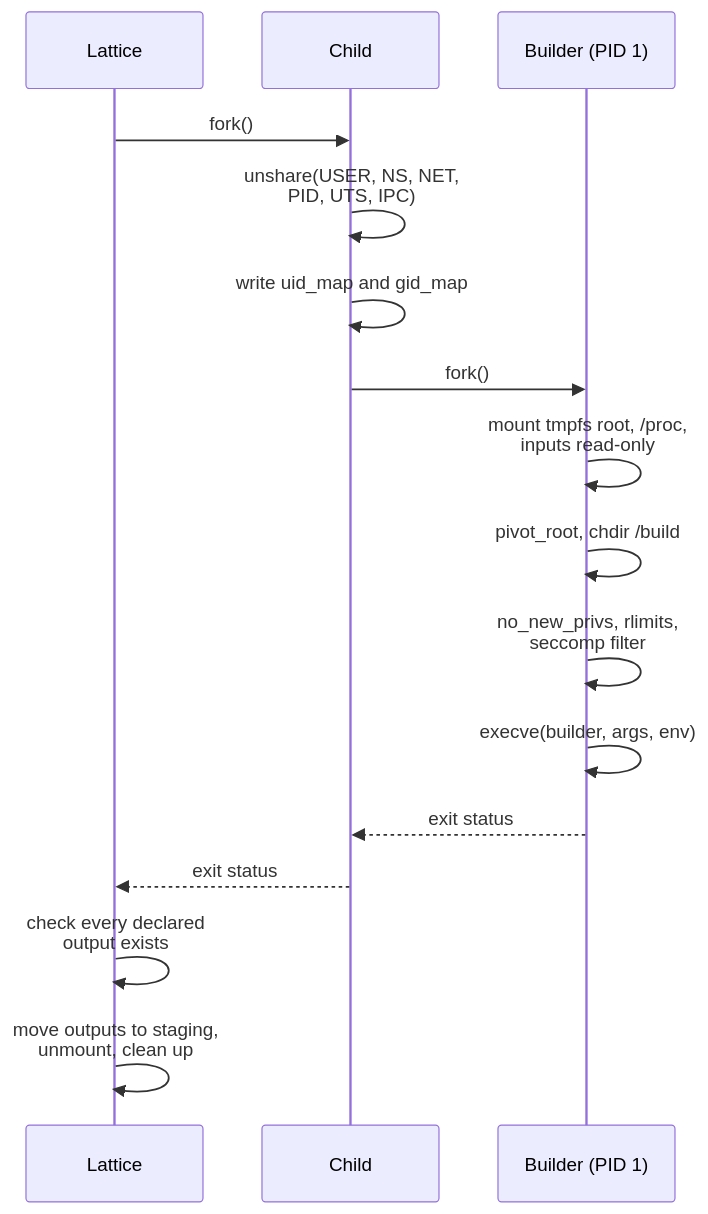
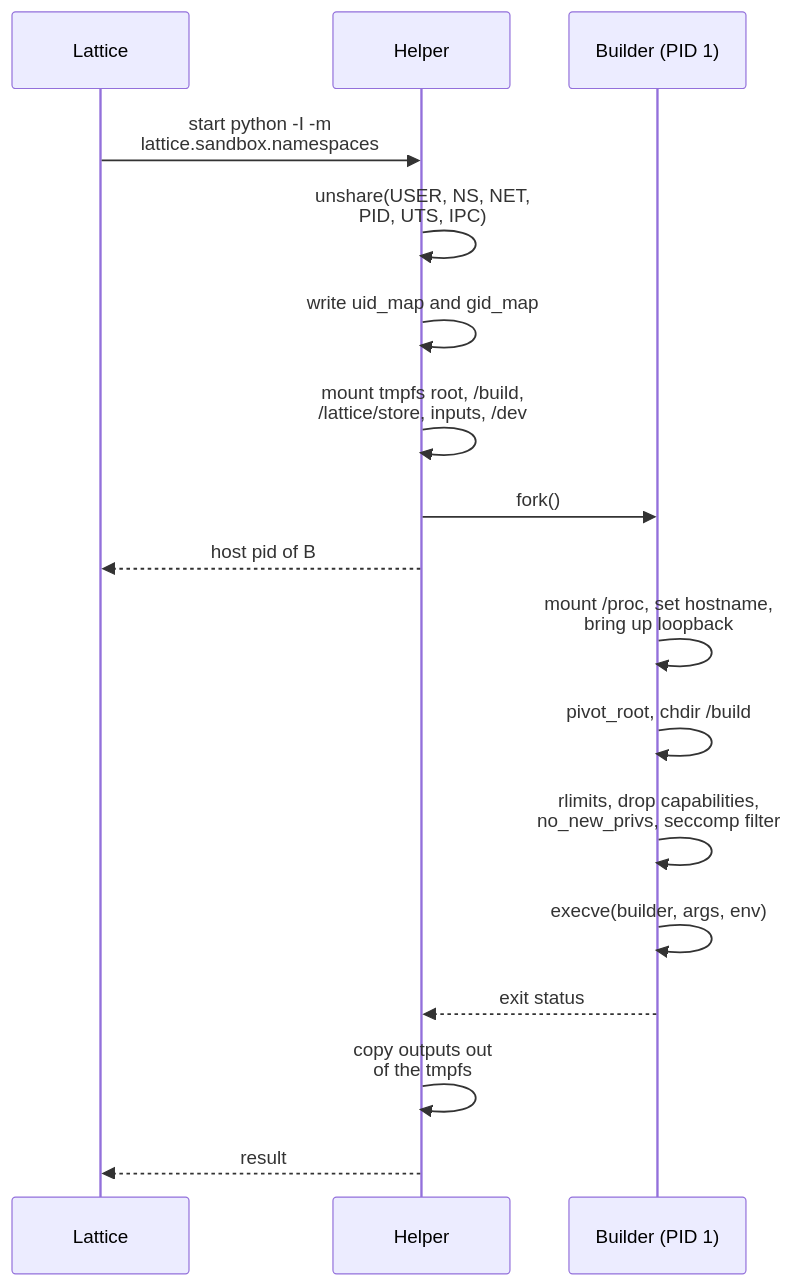
The third of 3 diagrams in docs/rfc/0001-pyrixos-architecture.md (PacketFive/PyrixOS), drawn with Mermaid before and after one commit. The commit also changed other lines of this file and 5 other files, not shown here.

Commit message:
Document the Phase 2 build sandbox

````diff
--- a/docs/rfc/0001-pyrixos-architecture.md
+++ b/docs/rfc/0001-pyrixos-architecture.md
@@ -391,27 +405,28 @@
 ```mermaid
 ---
 config:
   themeVariables:
     fontSize: 16px
   flowchart:
     useMaxWidth: false
   sequence:
     useMaxWidth: false
 ---
 sequenceDiagram
     participant L as Lattice
-    participant C as Child
+    participant C as Helper
     participant B as Builder (PID 1)
-    L->>C: fork()
+    L->>C: start python -I -m<br/>lattice.sandbox.namespaces
     C->>C: unshare(USER, NS, NET,<br/>PID, UTS, IPC)
     C->>C: write uid_map and gid_map
+    C->>C: mount tmpfs root, /build,<br/>/lattice/store, inputs, /dev
     C->>B: fork()
-    B->>B: mount tmpfs root, /proc,<br/>inputs read-only
+    C-->>L: host pid of B
+    B->>B: mount /proc, set hostname,<br/>bring up loopback
     B->>B: pivot_root, chdir /build
-    B->>B: no_new_privs, rlimits,<br/>seccomp filter
+    B->>B: rlimits, drop capabilities,<br/>no_new_privs, seccomp filter
     B->>B: execve(builder, args, env)
     B-->>C: exit status
-    C-->>L: exit status
-    L->>L: check every declared<br/>output exists
-    L->>L: move outputs to staging,<br/>unmount, clean up
+    C->>C: copy outputs out<br/>of the tmpfs
+    C-->>L: result
 ```
````
